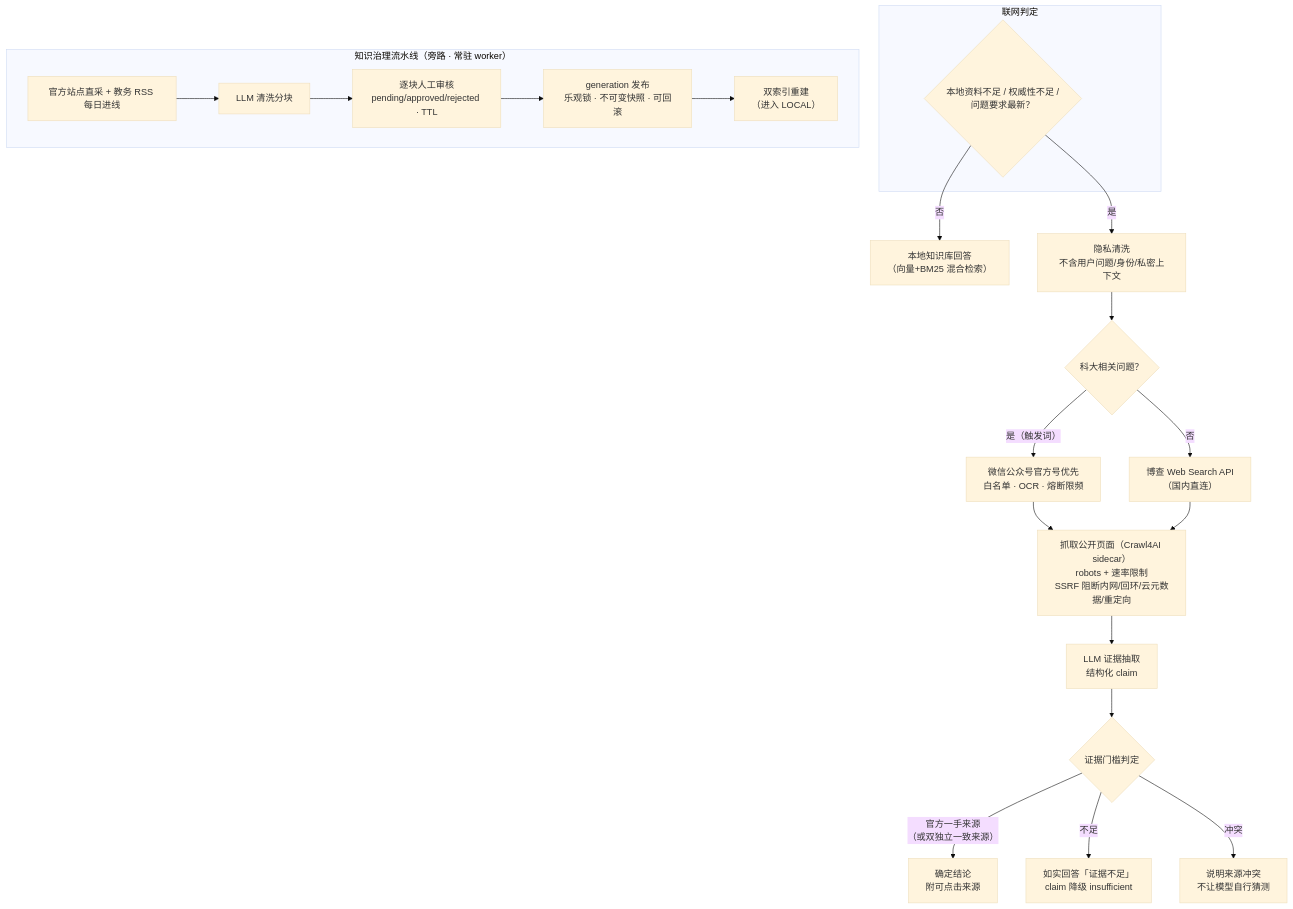
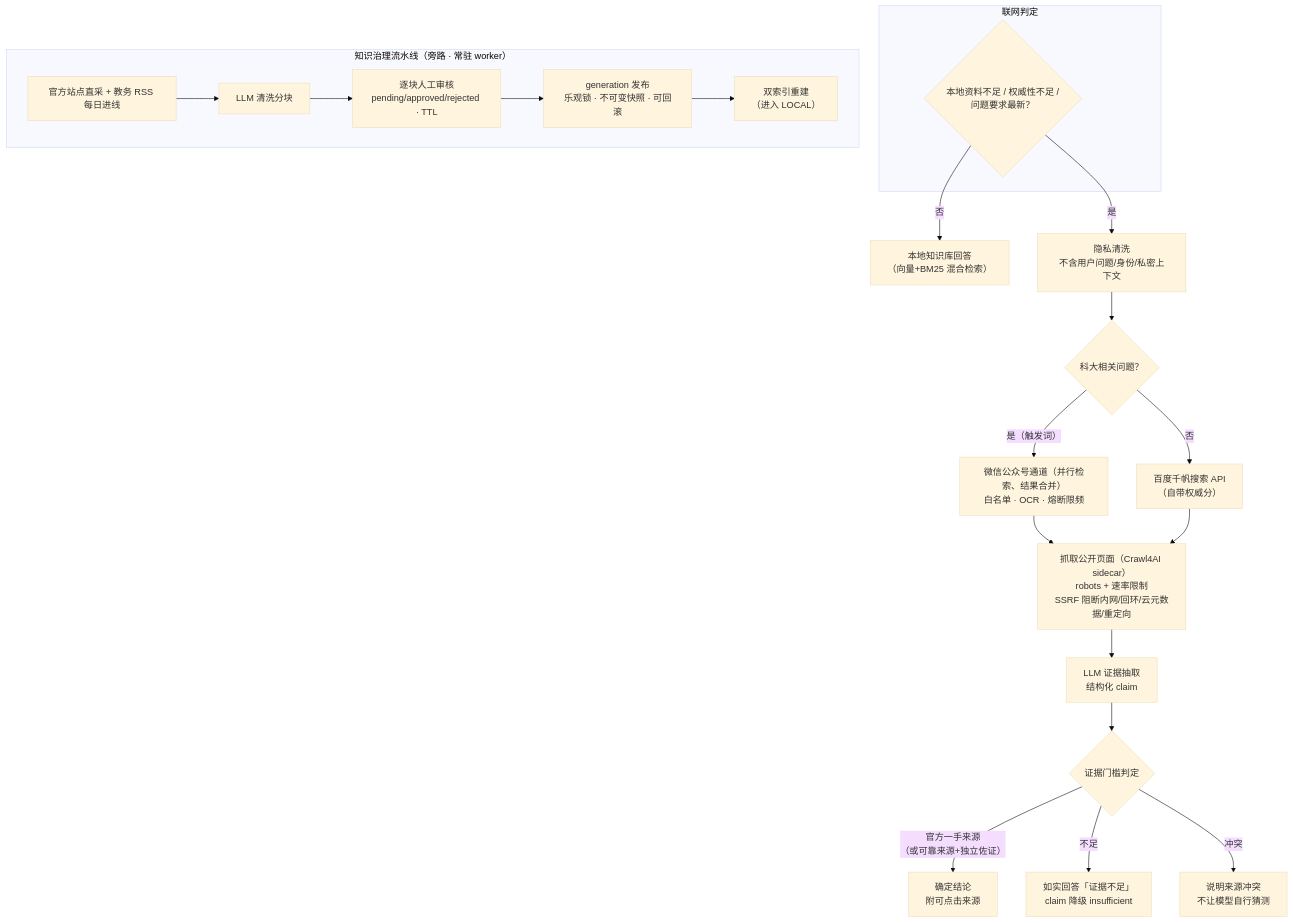
The diagram in submission/diagrams/3-evidence.mmd (AAAtrucklrx/107), drawn with Mermaid (base theme) before and after one commit. The commit also changed 8 other files, not shown here.

```diff
--- a/submission/diagrams/3-evidence.mmd
+++ b/submission/diagrams/3-evidence.mmd
@@ -1,29 +1,29 @@
 flowchart TB
     subgraph DECIDE["联网判定"]
         NEED{"本地资料不足 / 权威性不足 /<br/>问题要求最新？"}
     end
 
     NEED -->|"否"| LOCAL["本地知识库回答<br/>（向量+BM25 混合检索）"]
 
     NEED -->|"是"| PRE["隐私清洗<br/>不含用户问题/身份/私密上下文"]
     PRE --> Wx{"科大相关问题？"}
 
-    Wx -->|"是（触发词）"| WX["微信公众号官方号优先<br/>白名单 · OCR · 熔断限频"]
-    Wx -->|"否"| BS["博查 Web Search API<br/>（国内直连）"]
+    Wx -->|"是（触发词）"| WX["微信公众号通道（并行检索、结果合并）<br/>白名单 · OCR · 熔断限频"]
+    Wx -->|"否"| BS["百度千帆搜索 API<br/>（自带权威分）"]
 
     WX --> FETCH["抓取公开页面（Crawl4AI sidecar）<br/>robots + 速率限制<br/>SSRF 阻断内网/回环/云元数据/重定向"]
     BS --> FETCH
 
     FETCH --> EXTRACT["LLM 证据抽取<br/>结构化 claim"]
     EXTRACT --> GATE{"证据门槛判定"}
 
-    GATE -->|"官方一手来源<br/>（或双独立一致来源）"| CONFIRM["确定结论<br/>附可点击来源"]
+    GATE -->|"官方一手来源<br/>（或可靠来源+独立佐证）"| CONFIRM["确定结论<br/>附可点击来源"]
     GATE -->|"不足"| INSUF["如实回答「证据不足」<br/>claim 降级 insufficient"]
     GATE -->|"冲突"| CONFLICT["说明来源冲突<br/>不让模型自行猜测"]
 
     subgraph GOVERN["知识治理流水线（旁路 · 常驻 worker）"]
         COLLECT["官方站点直采 + 教务 RSS 每日进线"] --> CLEAN["LLM 清洗分块"]
         CLEAN --> REVIEW["逐块人工审核<br/>pending/approved/rejected · TTL"]
         REVIEW --> GEN["generation 发布<br/>乐观锁 · 不可变快照 · 可回滚"]
         GEN --> IDX["双索引重建<br/>（进入 LOCAL）"]
     end
```
